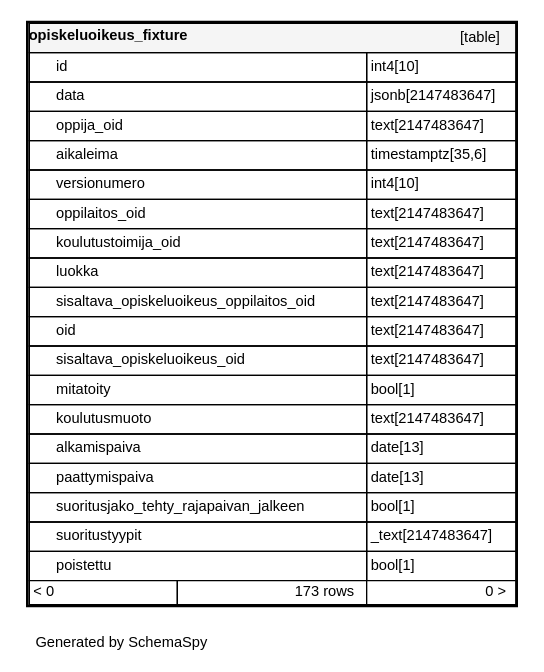
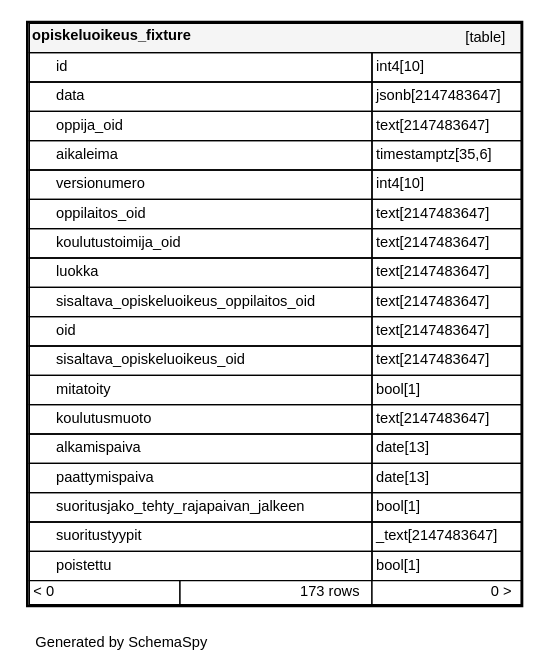
Before and after one commit to Opetushallitus/koski: the diagram in documentation/tietokantaskeemat/koski/diagrams/tables/opiskeluoikeus_fixture.1degree.dot, drawn with Graphviz. The commit also changed 226 other files, not shown here.

```diff
--- a/documentation/tietokantaskeemat/koski/diagrams/tables/opiskeluoikeus_fixture.1degree.dot
+++ b/documentation/tietokantaskeemat/koski/diagrams/tables/opiskeluoikeus_fixture.1degree.dot
@@ -3,25 +3,25 @@
   "opiskeluoikeus_fixture" [
    label=<
     <TABLE BORDER="2" CELLBORDER="1" CELLSPACING="0" BGCOLOR="#ffffff">
-      <TR><TD COLSPAN="4"  BGCOLOR="#f5f5f5"><TABLE BORDER="0" CELLSPACING="0"><TR><TD ALIGN="LEFT" FIXEDSIZE="TRUE" WIDTH="130" HEIGHT="16"><B>opiskeluoikeus_fixture</B></TD><TD ALIGN="RIGHT">[table]</TD></TR></TABLE></TD></TR>
-      <TR><TD PORT="id" COLSPAN="2" ALIGN="LEFT"><TABLE BORDER="0" CELLSPACING="0" ALIGN="LEFT"><TR ALIGN="LEFT"><TD ALIGN="LEFT" FIXEDSIZE="TRUE" WIDTH="15" HEIGHT="16"></TD><TD ALIGN="LEFT" FIXEDSIZE="TRUE" WIDTH="232" HEIGHT="16">id</TD></TR></TABLE></TD><TD PORT="id.type" ALIGN="LEFT">int4[10]</TD></TR>
-      <TR><TD PORT="data" COLSPAN="2" ALIGN="LEFT"><TABLE BORDER="0" CELLSPACING="0" ALIGN="LEFT"><TR ALIGN="LEFT"><TD ALIGN="LEFT" FIXEDSIZE="TRUE" WIDTH="15" HEIGHT="16"></TD><TD ALIGN="LEFT" FIXEDSIZE="TRUE" WIDTH="232" HEIGHT="16">data</TD></TR></TABLE></TD><TD PORT="data.type" ALIGN="LEFT">jsonb[2147483647]</TD></TR>
-      <TR><TD PORT="oppija_oid" COLSPAN="2" ALIGN="LEFT"><TABLE BORDER="0" CELLSPACING="0" ALIGN="LEFT"><TR ALIGN="LEFT"><TD ALIGN="LEFT" FIXEDSIZE="TRUE" WIDTH="15" HEIGHT="16"></TD><TD ALIGN="LEFT" FIXEDSIZE="TRUE" WIDTH="232" HEIGHT="16">oppija_oid</TD></TR></TABLE></TD><TD PORT="oppija_oid.type" ALIGN="LEFT">text[2147483647]</TD></TR>
-      <TR><TD PORT="aikaleima" COLSPAN="2" ALIGN="LEFT"><TABLE BORDER="0" CELLSPACING="0" ALIGN="LEFT"><TR ALIGN="LEFT"><TD ALIGN="LEFT" FIXEDSIZE="TRUE" WIDTH="15" HEIGHT="16"></TD><TD ALIGN="LEFT" FIXEDSIZE="TRUE" WIDTH="232" HEIGHT="16">aikaleima</TD></TR></TABLE></TD><TD PORT="aikaleima.type" ALIGN="LEFT">timestamptz[35,6]</TD></TR>
-      <TR><TD PORT="versionumero" COLSPAN="2" ALIGN="LEFT"><TABLE BORDER="0" CELLSPACING="0" ALIGN="LEFT"><TR ALIGN="LEFT"><TD ALIGN="LEFT" FIXEDSIZE="TRUE" WIDTH="15" HEIGHT="16"></TD><TD ALIGN="LEFT" FIXEDSIZE="TRUE" WIDTH="232" HEIGHT="16">versionumero</TD></TR></TABLE></TD><TD PORT="versionumero.type" ALIGN="LEFT">int4[10]</TD></TR>
-      <TR><TD PORT="oppilaitos_oid" COLSPAN="2" ALIGN="LEFT"><TABLE BORDER="0" CELLSPACING="0" ALIGN="LEFT"><TR ALIGN="LEFT"><TD ALIGN="LEFT" FIXEDSIZE="TRUE" WIDTH="15" HEIGHT="16"></TD><TD ALIGN="LEFT" FIXEDSIZE="TRUE" WIDTH="232" HEIGHT="16">oppilaitos_oid</TD></TR></TABLE></TD><TD PORT="oppilaitos_oid.type" ALIGN="LEFT">text[2147483647]</TD></TR>
-      <TR><TD PORT="koulutustoimija_oid" COLSPAN="2" ALIGN="LEFT"><TABLE BORDER="0" CELLSPACING="0" ALIGN="LEFT"><TR ALIGN="LEFT"><TD ALIGN="LEFT" FIXEDSIZE="TRUE" WIDTH="15" HEIGHT="16"></TD><TD ALIGN="LEFT" FIXEDSIZE="TRUE" WIDTH="232" HEIGHT="16">koulutustoimija_oid</TD></TR></TABLE></TD><TD PORT="koulutustoimija_oid.type" ALIGN="LEFT">text[2147483647]</TD></TR>
-      <TR><TD PORT="luokka" COLSPAN="2" ALIGN="LEFT"><TABLE BORDER="0" CELLSPACING="0" ALIGN="LEFT"><TR ALIGN="LEFT"><TD ALIGN="LEFT" FIXEDSIZE="TRUE" WIDTH="15" HEIGHT="16"></TD><TD ALIGN="LEFT" FIXEDSIZE="TRUE" WIDTH="232" HEIGHT="16">luokka</TD></TR></TABLE></TD><TD PORT="luokka.type" ALIGN="LEFT">text[2147483647]</TD></TR>
-      <TR><TD PORT="sisaltava_opiskeluoikeus_oppilaitos_oid" COLSPAN="2" ALIGN="LEFT"><TABLE BORDER="0" CELLSPACING="0" ALIGN="LEFT"><TR ALIGN="LEFT"><TD ALIGN="LEFT" FIXEDSIZE="TRUE" WIDTH="15" HEIGHT="16"></TD><TD ALIGN="LEFT" FIXEDSIZE="TRUE" WIDTH="232" HEIGHT="16">sisaltava_opiskeluoikeus_oppilaitos_oid</TD></TR></TABLE></TD><TD PORT="sisaltava_opiskeluoikeus_oppilaitos_oid.type" ALIGN="LEFT">text[2147483647]</TD></TR>
-      <TR><TD PORT="oid" COLSPAN="2" ALIGN="LEFT"><TABLE BORDER="0" CELLSPACING="0" ALIGN="LEFT"><TR ALIGN="LEFT"><TD ALIGN="LEFT" FIXEDSIZE="TRUE" WIDTH="15" HEIGHT="16"></TD><TD ALIGN="LEFT" FIXEDSIZE="TRUE" WIDTH="232" HEIGHT="16">oid</TD></TR></TABLE></TD><TD PORT="oid.type" ALIGN="LEFT">text[2147483647]</TD></TR>
-      <TR><TD PORT="sisaltava_opiskeluoikeus_oid" COLSPAN="2" ALIGN="LEFT"><TABLE BORDER="0" CELLSPACING="0" ALIGN="LEFT"><TR ALIGN="LEFT"><TD ALIGN="LEFT" FIXEDSIZE="TRUE" WIDTH="15" HEIGHT="16"></TD><TD ALIGN="LEFT" FIXEDSIZE="TRUE" WIDTH="232" HEIGHT="16">sisaltava_opiskeluoikeus_oid</TD></TR></TABLE></TD><TD PORT="sisaltava_opiskeluoikeus_oid.type" ALIGN="LEFT">text[2147483647]</TD></TR>
-      <TR><TD PORT="mitatoity" COLSPAN="2" ALIGN="LEFT"><TABLE BORDER="0" CELLSPACING="0" ALIGN="LEFT"><TR ALIGN="LEFT"><TD ALIGN="LEFT" FIXEDSIZE="TRUE" WIDTH="15" HEIGHT="16"></TD><TD ALIGN="LEFT" FIXEDSIZE="TRUE" WIDTH="232" HEIGHT="16">mitatoity</TD></TR></TABLE></TD><TD PORT="mitatoity.type" ALIGN="LEFT">bool[1]</TD></TR>
-      <TR><TD PORT="koulutusmuoto" COLSPAN="2" ALIGN="LEFT"><TABLE BORDER="0" CELLSPACING="0" ALIGN="LEFT"><TR ALIGN="LEFT"><TD ALIGN="LEFT" FIXEDSIZE="TRUE" WIDTH="15" HEIGHT="16"></TD><TD ALIGN="LEFT" FIXEDSIZE="TRUE" WIDTH="232" HEIGHT="16">koulutusmuoto</TD></TR></TABLE></TD><TD PORT="koulutusmuoto.type" ALIGN="LEFT">text[2147483647]</TD></TR>
-      <TR><TD PORT="alkamispaiva" COLSPAN="2" ALIGN="LEFT"><TABLE BORDER="0" CELLSPACING="0" ALIGN="LEFT"><TR ALIGN="LEFT"><TD ALIGN="LEFT" FIXEDSIZE="TRUE" WIDTH="15" HEIGHT="16"></TD><TD ALIGN="LEFT" FIXEDSIZE="TRUE" WIDTH="232" HEIGHT="16">alkamispaiva</TD></TR></TABLE></TD><TD PORT="alkamispaiva.type" ALIGN="LEFT">date[13]</TD></TR>
-      <TR><TD PORT="paattymispaiva" COLSPAN="2" ALIGN="LEFT"><TABLE BORDER="0" CELLSPACING="0" ALIGN="LEFT"><TR ALIGN="LEFT"><TD ALIGN="LEFT" FIXEDSIZE="TRUE" WIDTH="15" HEIGHT="16"></TD><TD ALIGN="LEFT" FIXEDSIZE="TRUE" WIDTH="232" HEIGHT="16">paattymispaiva</TD></TR></TABLE></TD><TD PORT="paattymispaiva.type" ALIGN="LEFT">date[13]</TD></TR>
-      <TR><TD PORT="suoritusjako_tehty_rajapaivan_jalkeen" COLSPAN="2" ALIGN="LEFT"><TABLE BORDER="0" CELLSPACING="0" ALIGN="LEFT"><TR ALIGN="LEFT"><TD ALIGN="LEFT" FIXEDSIZE="TRUE" WIDTH="15" HEIGHT="16"></TD><TD ALIGN="LEFT" FIXEDSIZE="TRUE" WIDTH="232" HEIGHT="16">suoritusjako_tehty_rajapaivan_jalkeen</TD></TR></TABLE></TD><TD PORT="suoritusjako_tehty_rajapaivan_jalkeen.type" ALIGN="LEFT">bool[1]</TD></TR>
-      <TR><TD PORT="suoritustyypit" COLSPAN="2" ALIGN="LEFT"><TABLE BORDER="0" CELLSPACING="0" ALIGN="LEFT"><TR ALIGN="LEFT"><TD ALIGN="LEFT" FIXEDSIZE="TRUE" WIDTH="15" HEIGHT="16"></TD><TD ALIGN="LEFT" FIXEDSIZE="TRUE" WIDTH="232" HEIGHT="16">suoritustyypit</TD></TR></TABLE></TD><TD PORT="suoritustyypit.type" ALIGN="LEFT">_text[2147483647]</TD></TR>
-      <TR><TD PORT="poistettu" COLSPAN="2" ALIGN="LEFT"><TABLE BORDER="0" CELLSPACING="0" ALIGN="LEFT"><TR ALIGN="LEFT"><TD ALIGN="LEFT" FIXEDSIZE="TRUE" WIDTH="15" HEIGHT="16"></TD><TD ALIGN="LEFT" FIXEDSIZE="TRUE" WIDTH="232" HEIGHT="16">poistettu</TD></TR></TABLE></TD><TD PORT="poistettu.type" ALIGN="LEFT">bool[1]</TD></TR>
+      <TR><TD COLSPAN="4"  BGCOLOR="#f5f5f5"><TABLE BORDER="0" CELLSPACING="0"><TR><TD ALIGN="LEFT" FIXEDSIZE="TRUE" WIDTH="135" HEIGHT="16"><B>opiskeluoikeus_fixture</B></TD><TD ALIGN="RIGHT">[table]</TD></TR></TABLE></TD></TR>
+      <TR><TD PORT="id" COLSPAN="2" ALIGN="LEFT"><TABLE BORDER="0" CELLSPACING="0" ALIGN="LEFT"><TR ALIGN="LEFT"><TD ALIGN="LEFT" FIXEDSIZE="TRUE" WIDTH="15" HEIGHT="16"></TD><TD ALIGN="LEFT" FIXEDSIZE="TRUE" WIDTH="236" HEIGHT="16">id</TD></TR></TABLE></TD><TD PORT="id.type" ALIGN="LEFT">int4[10]</TD></TR>
+      <TR><TD PORT="data" COLSPAN="2" ALIGN="LEFT"><TABLE BORDER="0" CELLSPACING="0" ALIGN="LEFT"><TR ALIGN="LEFT"><TD ALIGN="LEFT" FIXEDSIZE="TRUE" WIDTH="15" HEIGHT="16"></TD><TD ALIGN="LEFT" FIXEDSIZE="TRUE" WIDTH="236" HEIGHT="16">data</TD></TR></TABLE></TD><TD PORT="data.type" ALIGN="LEFT">jsonb[2147483647]</TD></TR>
+      <TR><TD PORT="oppija_oid" COLSPAN="2" ALIGN="LEFT"><TABLE BORDER="0" CELLSPACING="0" ALIGN="LEFT"><TR ALIGN="LEFT"><TD ALIGN="LEFT" FIXEDSIZE="TRUE" WIDTH="15" HEIGHT="16"></TD><TD ALIGN="LEFT" FIXEDSIZE="TRUE" WIDTH="236" HEIGHT="16">oppija_oid</TD></TR></TABLE></TD><TD PORT="oppija_oid.type" ALIGN="LEFT">text[2147483647]</TD></TR>
+      <TR><TD PORT="aikaleima" COLSPAN="2" ALIGN="LEFT"><TABLE BORDER="0" CELLSPACING="0" ALIGN="LEFT"><TR ALIGN="LEFT"><TD ALIGN="LEFT" FIXEDSIZE="TRUE" WIDTH="15" HEIGHT="16"></TD><TD ALIGN="LEFT" FIXEDSIZE="TRUE" WIDTH="236" HEIGHT="16">aikaleima</TD></TR></TABLE></TD><TD PORT="aikaleima.type" ALIGN="LEFT">timestamptz[35,6]</TD></TR>
+      <TR><TD PORT="versionumero" COLSPAN="2" ALIGN="LEFT"><TABLE BORDER="0" CELLSPACING="0" ALIGN="LEFT"><TR ALIGN="LEFT"><TD ALIGN="LEFT" FIXEDSIZE="TRUE" WIDTH="15" HEIGHT="16"></TD><TD ALIGN="LEFT" FIXEDSIZE="TRUE" WIDTH="236" HEIGHT="16">versionumero</TD></TR></TABLE></TD><TD PORT="versionumero.type" ALIGN="LEFT">int4[10]</TD></TR>
+      <TR><TD PORT="oppilaitos_oid" COLSPAN="2" ALIGN="LEFT"><TABLE BORDER="0" CELLSPACING="0" ALIGN="LEFT"><TR ALIGN="LEFT"><TD ALIGN="LEFT" FIXEDSIZE="TRUE" WIDTH="15" HEIGHT="16"></TD><TD ALIGN="LEFT" FIXEDSIZE="TRUE" WIDTH="236" HEIGHT="16">oppilaitos_oid</TD></TR></TABLE></TD><TD PORT="oppilaitos_oid.type" ALIGN="LEFT">text[2147483647]</TD></TR>
+      <TR><TD PORT="koulutustoimija_oid" COLSPAN="2" ALIGN="LEFT"><TABLE BORDER="0" CELLSPACING="0" ALIGN="LEFT"><TR ALIGN="LEFT"><TD ALIGN="LEFT" FIXEDSIZE="TRUE" WIDTH="15" HEIGHT="16"></TD><TD ALIGN="LEFT" FIXEDSIZE="TRUE" WIDTH="236" HEIGHT="16">koulutustoimija_oid</TD></TR></TABLE></TD><TD PORT="koulutustoimija_oid.type" ALIGN="LEFT">text[2147483647]</TD></TR>
+      <TR><TD PORT="luokka" COLSPAN="2" ALIGN="LEFT"><TABLE BORDER="0" CELLSPACING="0" ALIGN="LEFT"><TR ALIGN="LEFT"><TD ALIGN="LEFT" FIXEDSIZE="TRUE" WIDTH="15" HEIGHT="16"></TD><TD ALIGN="LEFT" FIXEDSIZE="TRUE" WIDTH="236" HEIGHT="16">luokka</TD></TR></TABLE></TD><TD PORT="luokka.type" ALIGN="LEFT">text[2147483647]</TD></TR>
+      <TR><TD PORT="sisaltava_opiskeluoikeus_oppilaitos_oid" COLSPAN="2" ALIGN="LEFT"><TABLE BORDER="0" CELLSPACING="0" ALIGN="LEFT"><TR ALIGN="LEFT"><TD ALIGN="LEFT" FIXEDSIZE="TRUE" WIDTH="15" HEIGHT="16"></TD><TD ALIGN="LEFT" FIXEDSIZE="TRUE" WIDTH="236" HEIGHT="16">sisaltava_opiskeluoikeus_oppilaitos_oid</TD></TR></TABLE></TD><TD PORT="sisaltava_opiskeluoikeus_oppilaitos_oid.type" ALIGN="LEFT">text[2147483647]</TD></TR>
+      <TR><TD PORT="oid" COLSPAN="2" ALIGN="LEFT"><TABLE BORDER="0" CELLSPACING="0" ALIGN="LEFT"><TR ALIGN="LEFT"><TD ALIGN="LEFT" FIXEDSIZE="TRUE" WIDTH="15" HEIGHT="16"></TD><TD ALIGN="LEFT" FIXEDSIZE="TRUE" WIDTH="236" HEIGHT="16">oid</TD></TR></TABLE></TD><TD PORT="oid.type" ALIGN="LEFT">text[2147483647]</TD></TR>
+      <TR><TD PORT="sisaltava_opiskeluoikeus_oid" COLSPAN="2" ALIGN="LEFT"><TABLE BORDER="0" CELLSPACING="0" ALIGN="LEFT"><TR ALIGN="LEFT"><TD ALIGN="LEFT" FIXEDSIZE="TRUE" WIDTH="15" HEIGHT="16"></TD><TD ALIGN="LEFT" FIXEDSIZE="TRUE" WIDTH="236" HEIGHT="16">sisaltava_opiskeluoikeus_oid</TD></TR></TABLE></TD><TD PORT="sisaltava_opiskeluoikeus_oid.type" ALIGN="LEFT">text[2147483647]</TD></TR>
+      <TR><TD PORT="mitatoity" COLSPAN="2" ALIGN="LEFT"><TABLE BORDER="0" CELLSPACING="0" ALIGN="LEFT"><TR ALIGN="LEFT"><TD ALIGN="LEFT" FIXEDSIZE="TRUE" WIDTH="15" HEIGHT="16"></TD><TD ALIGN="LEFT" FIXEDSIZE="TRUE" WIDTH="236" HEIGHT="16">mitatoity</TD></TR></TABLE></TD><TD PORT="mitatoity.type" ALIGN="LEFT">bool[1]</TD></TR>
+      <TR><TD PORT="koulutusmuoto" COLSPAN="2" ALIGN="LEFT"><TABLE BORDER="0" CELLSPACING="0" ALIGN="LEFT"><TR ALIGN="LEFT"><TD ALIGN="LEFT" FIXEDSIZE="TRUE" WIDTH="15" HEIGHT="16"></TD><TD ALIGN="LEFT" FIXEDSIZE="TRUE" WIDTH="236" HEIGHT="16">koulutusmuoto</TD></TR></TABLE></TD><TD PORT="koulutusmuoto.type" ALIGN="LEFT">text[2147483647]</TD></TR>
+      <TR><TD PORT="alkamispaiva" COLSPAN="2" ALIGN="LEFT"><TABLE BORDER="0" CELLSPACING="0" ALIGN="LEFT"><TR ALIGN="LEFT"><TD ALIGN="LEFT" FIXEDSIZE="TRUE" WIDTH="15" HEIGHT="16"></TD><TD ALIGN="LEFT" FIXEDSIZE="TRUE" WIDTH="236" HEIGHT="16">alkamispaiva</TD></TR></TABLE></TD><TD PORT="alkamispaiva.type" ALIGN="LEFT">date[13]</TD></TR>
+      <TR><TD PORT="paattymispaiva" COLSPAN="2" ALIGN="LEFT"><TABLE BORDER="0" CELLSPACING="0" ALIGN="LEFT"><TR ALIGN="LEFT"><TD ALIGN="LEFT" FIXEDSIZE="TRUE" WIDTH="15" HEIGHT="16"></TD><TD ALIGN="LEFT" FIXEDSIZE="TRUE" WIDTH="236" HEIGHT="16">paattymispaiva</TD></TR></TABLE></TD><TD PORT="paattymispaiva.type" ALIGN="LEFT">date[13]</TD></TR>
+      <TR><TD PORT="suoritusjako_tehty_rajapaivan_jalkeen" COLSPAN="2" ALIGN="LEFT"><TABLE BORDER="0" CELLSPACING="0" ALIGN="LEFT"><TR ALIGN="LEFT"><TD ALIGN="LEFT" FIXEDSIZE="TRUE" WIDTH="15" HEIGHT="16"></TD><TD ALIGN="LEFT" FIXEDSIZE="TRUE" WIDTH="236" HEIGHT="16">suoritusjako_tehty_rajapaivan_jalkeen</TD></TR></TABLE></TD><TD PORT="suoritusjako_tehty_rajapaivan_jalkeen.type" ALIGN="LEFT">bool[1]</TD></TR>
+      <TR><TD PORT="suoritustyypit" COLSPAN="2" ALIGN="LEFT"><TABLE BORDER="0" CELLSPACING="0" ALIGN="LEFT"><TR ALIGN="LEFT"><TD ALIGN="LEFT" FIXEDSIZE="TRUE" WIDTH="15" HEIGHT="16"></TD><TD ALIGN="LEFT" FIXEDSIZE="TRUE" WIDTH="236" HEIGHT="16">suoritustyypit</TD></TR></TABLE></TD><TD PORT="suoritustyypit.type" ALIGN="LEFT">_text[2147483647]</TD></TR>
+      <TR><TD PORT="poistettu" COLSPAN="2" ALIGN="LEFT"><TABLE BORDER="0" CELLSPACING="0" ALIGN="LEFT"><TR ALIGN="LEFT"><TD ALIGN="LEFT" FIXEDSIZE="TRUE" WIDTH="15" HEIGHT="16"></TD><TD ALIGN="LEFT" FIXEDSIZE="TRUE" WIDTH="236" HEIGHT="16">poistettu</TD></TR></TABLE></TD><TD PORT="poistettu.type" ALIGN="LEFT">bool[1]</TD></TR>
       <TR><TD ALIGN="LEFT" BGCOLOR="#ffffff">&lt; 0</TD><TD ALIGN="RIGHT" BGCOLOR="#ffffff">173 rows</TD><TD ALIGN="RIGHT" BGCOLOR="#ffffff">0 &gt;</TD></TR>
     </TABLE>>
     URL="../../tables/opiskeluoikeus_fixture.html"
```
